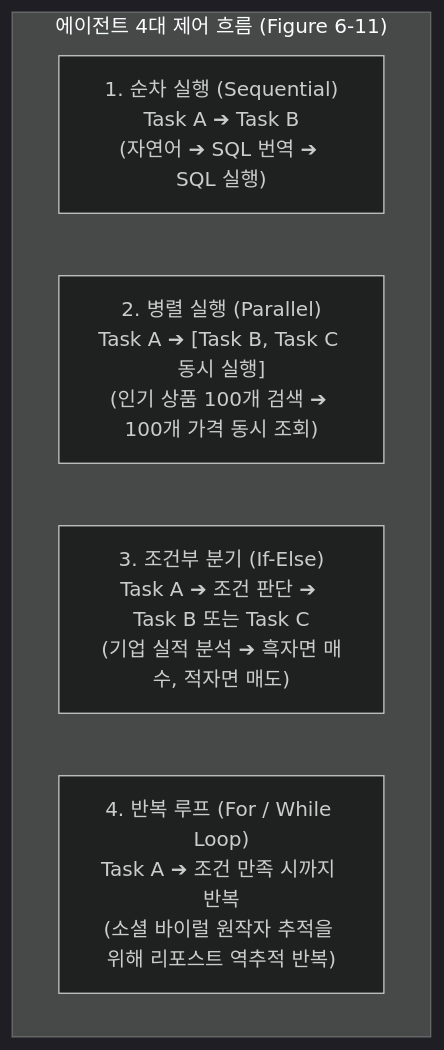
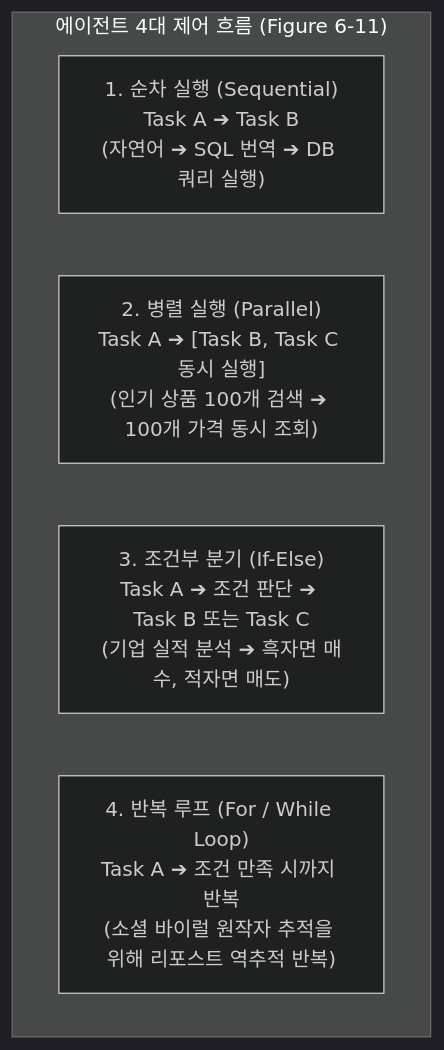
The first of 3 diagrams in chapter-qa/ch06-rag-and-agents-qa/04-agent-planning-reflection-memory-and-eval.md (sing-u8/AI-Engineering), drawn with Mermaid (dark theme) before and after one commit. The commit also changed other lines of this file and 25 other files, not shown here.

````diff
--- a/chapter-qa/ch06-rag-and-agents-qa/04-agent-planning-reflection-memory-and-eval.md
+++ b/chapter-qa/ch06-rag-and-agents-qa/04-agent-planning-reflection-memory-and-eval.md
@@ -36,9 +36,9 @@
 ```mermaid
 flowchart TD
     subgraph Flow["에이전트 4대 제어 흐름 (Figure 6-11)"]
-        Seq["1. 순차 실행 (Sequential)\nTask A ➔ Task B\n(자연어 ➔ SQL 번역 ➔ SQL 실행)"]
+        Seq["1. 순차 실행 (Sequential)\nTask A ➔ Task B\n(자연어 ➔ SQL 번역 ➔ DB 쿼리 실행)"]
         Par["2. 병렬 실행 (Parallel)\nTask A ➔ [Task B, Task C 동시 실행]\n(인기 상품 100개 검색 ➔ 100개 가격 동시 조회)"]
         Cond["3. 조건부 분기 (If-Else)\nTask A ➔ 조건 판단 ➔ Task B 또는 Task C\n(기업 실적 분석 ➔ 흑자면 매수, 적자면 매도)"]
         Loop["4. 반복 루프 (For / While Loop)\nTask A ➔ 조건 만족 시까지 반복\n(소셜 바이럴 원작자 추적을 위해 리포스트 역추적 반복)"]
     end
 ```
````
